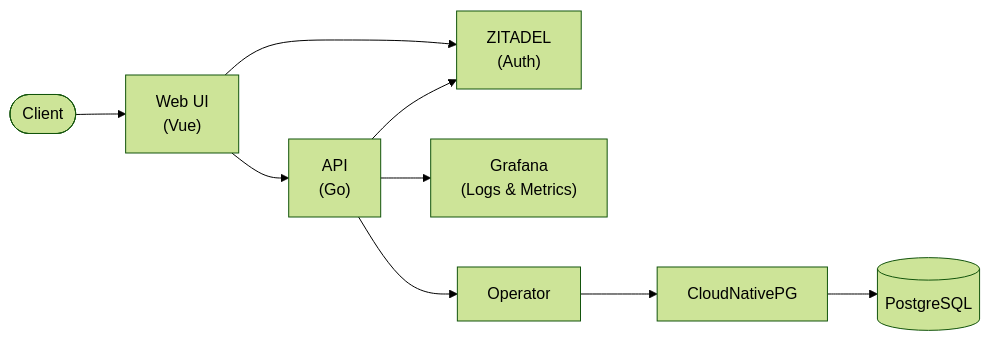
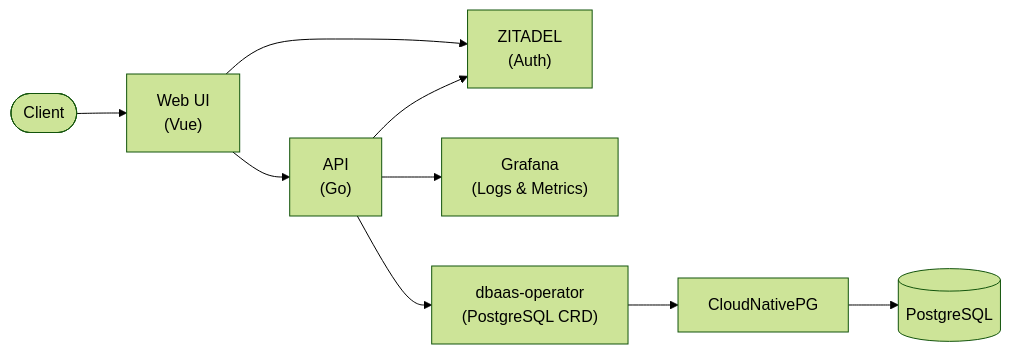
One commit to foyez/dbaas-platform changed the diagram in README.md. Above: the diagram before and after it, drawn with Mermaid (forest theme). The commit also changed other lines of this file, not shown here.

````diff
--- a/README.md
+++ b/README.md
@@ -9,13 +9,13 @@
 ```mermaid
 flowchart LR
     User(["Client"]) --> UI["Web UI<br/>(Vue)"]
     UI --> API["API<br/>(Go)"]
     UI --> Auth["ZITADEL<br/>(Auth)"]
     API --> Auth
 
     API --> Obs["Grafana<br/>(Logs & Metrics)"]
-    API --> Operator["Operator"]
+    API --> Operator["dbaas-operator<br/>(PostgreSQL CRD)"]
 
     Operator --> CNPG["CloudNativePG"]
     CNPG --> PG[("PostgreSQL")]
 ```
````
